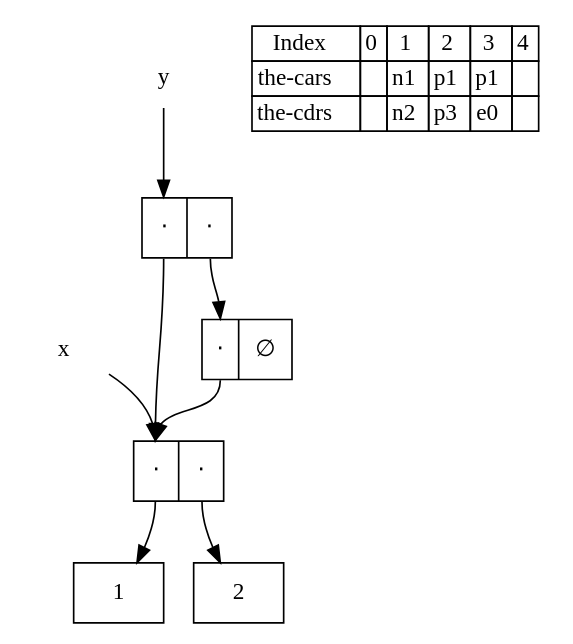
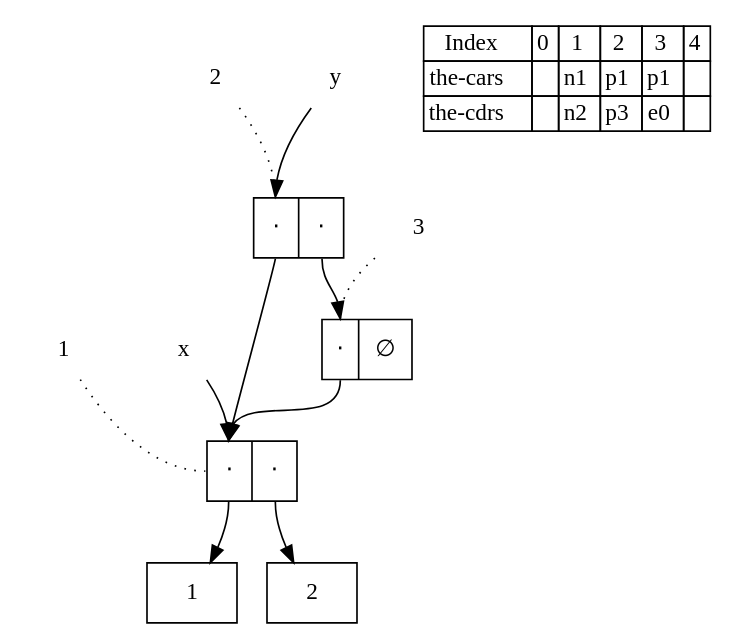
One commit to klutometis/sicp changed the diagram in 5.3.1/5.20.dot. Above: the diagram before and after it, drawn with Graphviz. The commit also changed 1 other file, not shown here.

```diff
--- a/5.3.1/5.20.dot
+++ b/5.3.1/5.20.dot
@@ -1,49 +1,58 @@
 #!/usr/bin/env dot
 digraph memory_vector {
         {
                 node[shape=plaintext]
+                i1[label=1]
+                i2[label=2]
+                i3[label=3]
                 x
                 y
                 memory[label=<<table cellspacing="0" cellborder="1" border="0">
                        <tr>
                        <td>Index</td>
                        <td>0</td>
                        <td>1</td>
                        <td>2</td>
                        <td>3</td>
                        <td>4</td>
                        </tr>
                        <tr>
                        <td>the-cars</td>
                        <td></td>
                        <td>n1</td>
                        <td>p1</td>
                        <td>p1</td>
                        <td></td>
                        </tr>
                        <tr>
                        <td>the-cdrs</td>
                        <td></td>
                        <td>n2</td>
                        <td>p3</td>
                        <td>e0</td>
                        <td></td>
                        </tr>
                        </table>>]
         }
         {
                 node[shape=record]
                 p1[label="<0>&sdot;|<1>&sdot;"]
                 p2[label="<0>&sdot;|<1>&sdot;"]
                 p3[label="<0>&sdot;|<1>&empty;"]
                 n1[label=1]
                 n2[label=2]
         }
+        {
+                edge[style=dotted, dir=none]
+                i1 -> p1:0
+                i2 -> p2:0
+                i3 -> p3:0
+        }
         x -> p1:0
         y -> p2:0
         p1:0 -> n1
         p1:1 -> n2
         p2:0 -> p1:0
         p2:1 -> p3:0
         p3:0 -> p1:0
 }
```
